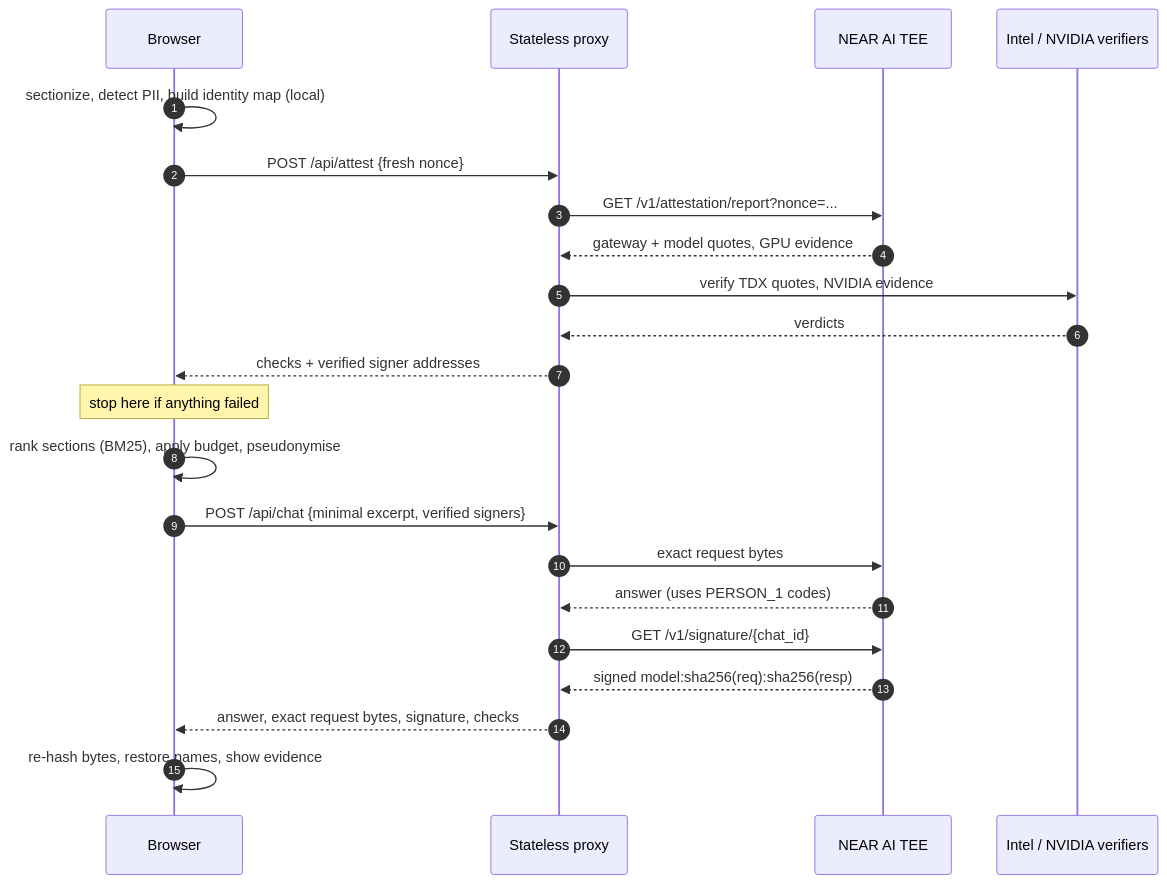
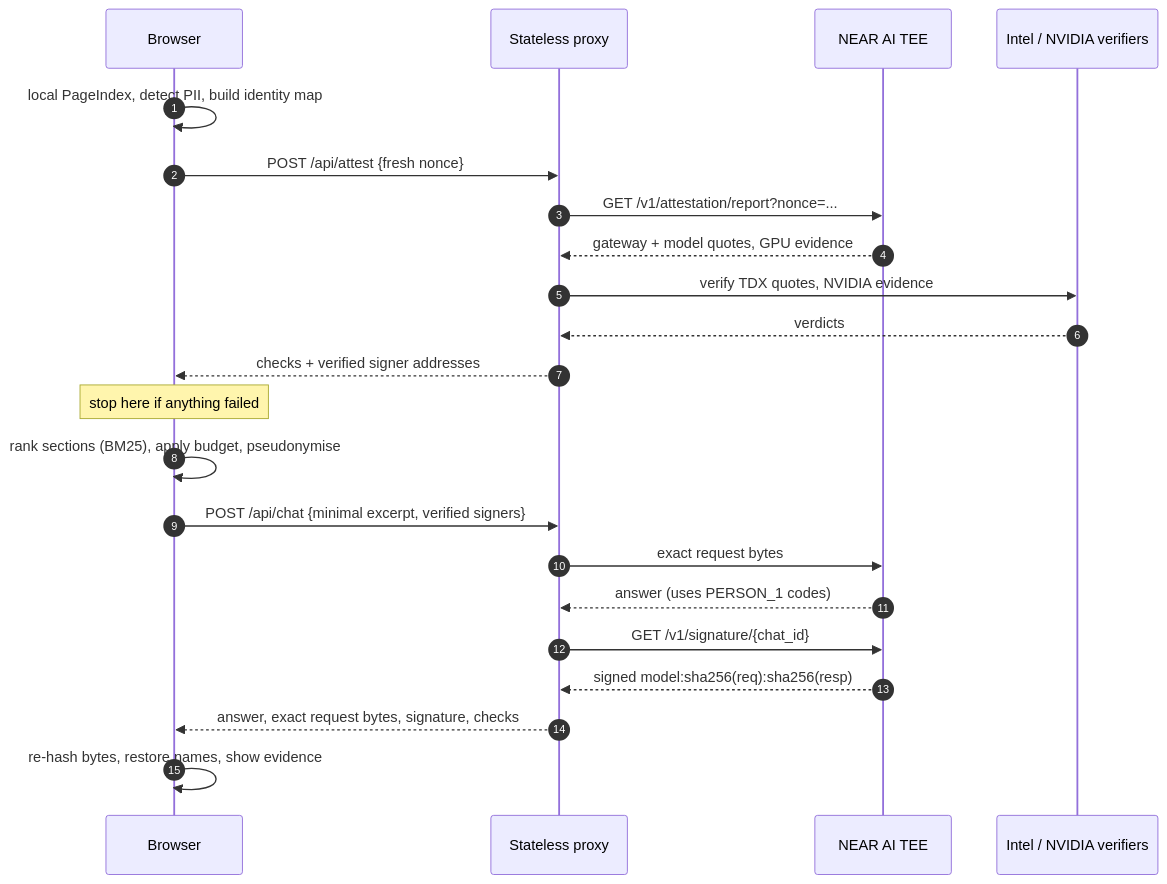
One commit to vg239/need-to-know changed the diagram in README.md. Above: the diagram before and after it, drawn with Mermaid. The commit also changed other lines of this file and 1 other file, not shown here.

First line of the commit message:
docs: README rewrite (user flow, architecture, how it works, e2e test flow)

````diff
--- a/README.md
+++ b/README.md
@@ -123,25 +58,25 @@
 ```mermaid
 sequenceDiagram
     autonumber
     participant U as Browser
     participant P as Stateless proxy
     participant N as NEAR AI TEE
     participant V as Intel / NVIDIA verifiers
 
-    U->>U: sectionize, detect PII, build identity map (local)
+    U->>U: local PageIndex, detect PII, build identity map
     U->>P: POST /api/attest {fresh nonce}
     P->>N: GET /v1/attestation/report?nonce=...
     N-->>P: gateway + model quotes, GPU evidence
     P->>V: verify TDX quotes, NVIDIA evidence
     V-->>P: verdicts
     P-->>U: checks + verified signer addresses
     Note over U: stop here if anything failed
     U->>U: rank sections (BM25), apply budget, pseudonymise
     U->>P: POST /api/chat {minimal excerpt, verified signers}
     P->>N: exact request bytes
     N-->>P: answer (uses PERSON_1 codes)
     P->>N: GET /v1/signature/{chat_id}
     N-->>P: signed model:sha256(req):sha256(resp)
     P-->>U: answer, exact request bytes, signature, checks
     U->>U: re-hash bytes, restore names, show evidence
 ```
````
